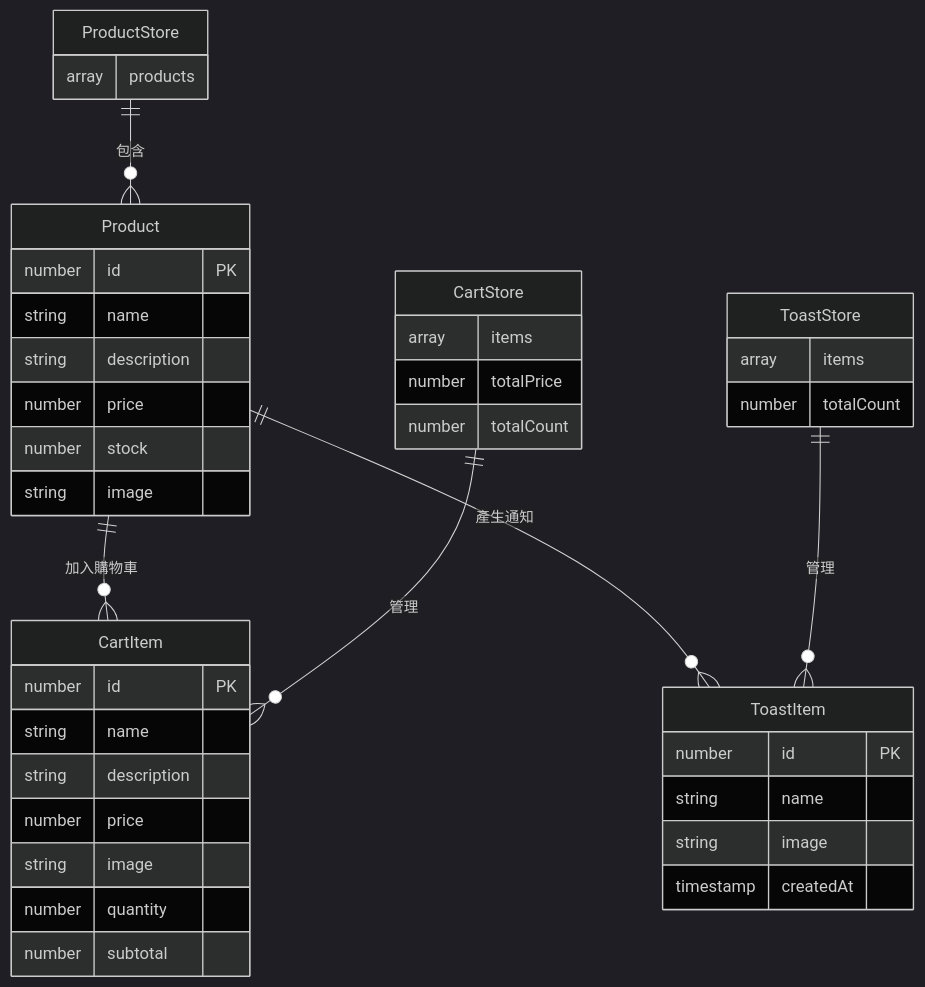
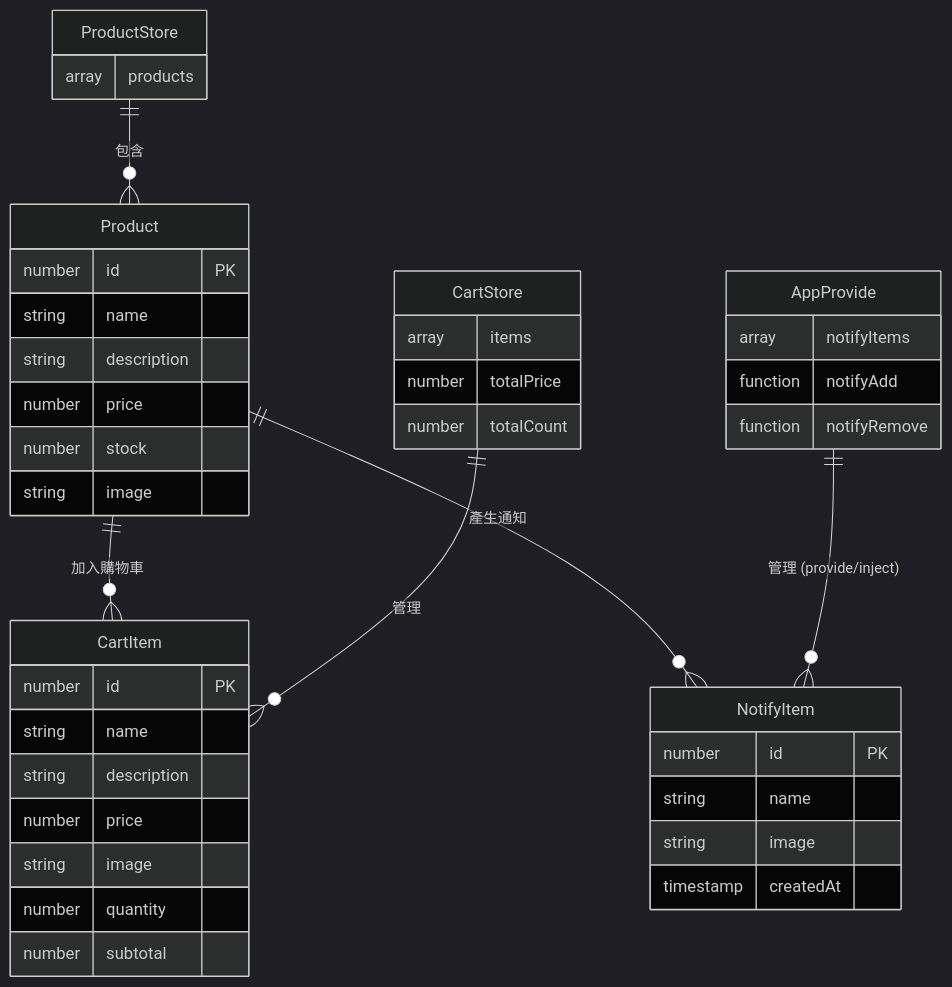
The fifth of 5 diagrams in README.md (dpi627/HexVueAdvTask), drawn with Mermaid (dark theme) before and after one commit. The commit also changed other lines of this file, not shown here.

First line of the commit message:
feat: 更新流程圖與通知功能說明

````diff
--- a/README.md
+++ b/README.md
@@ -265,49 +270,50 @@
 ```mermaid
 erDiagram
     Product {
         number id PK
         string name
         string description
         number price
         number stock
         string image
     }
 
     CartItem {
         number id PK
         string name
         string description
         number price
         string image
         number quantity
         number subtotal
     }
 
-    ToastItem {
+    NotifyItem {
         number id PK
         string name
         string image
         timestamp createdAt
     }
 
     ProductStore {
         array products
     }
 
     CartStore {
         array items
         number totalPrice
         number totalCount
     }
 
-    ToastStore {
-        array items
-        number totalCount
+    AppProvide {
+        array notifyItems
+        function notifyAdd
+        function notifyRemove
     }
 
     Product ||--o{ CartItem : "加入購物車"
-    Product ||--o{ ToastItem : "產生通知"
+    Product ||--o{ NotifyItem : "產生通知"
     ProductStore ||--o{ Product : "包含"
     CartStore ||--o{ CartItem : "管理"
-    ToastStore ||--o{ ToastItem : "管理"
+    AppProvide ||--o{ NotifyItem : "管理 (provide/inject)"
 ```
````
